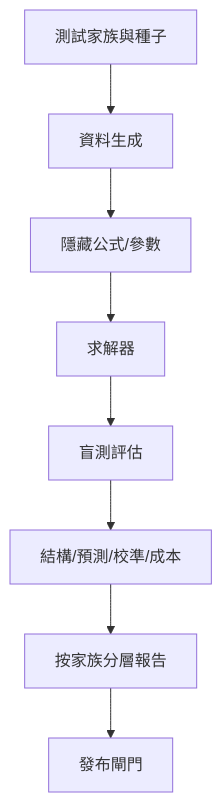
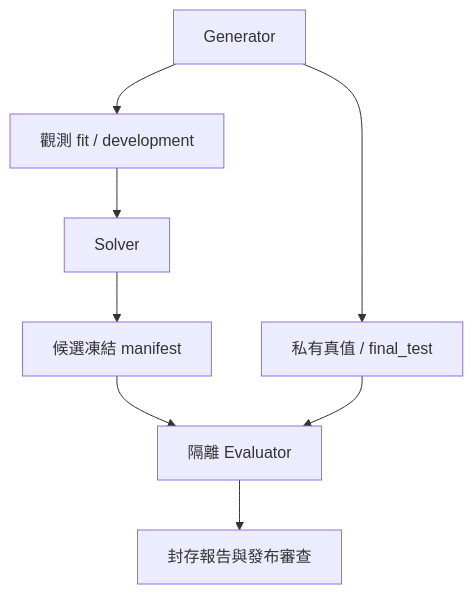
The diagram in docs/10-測試/28-數學基準測試規格.md (lovenovel0618/AXIOM), drawn with Mermaid before and after one commit. The commit also changed other lines of this file and 62 other files, not shown here.

Commit message:
docs: 完善 v2.2 核心契約與驗收規格並調整直式資料流圖

````diff
--- a/docs/10-測試/28-數學基準測試規格.md
+++ b/docs/10-測試/28-數學基準測試規格.md
@@ -67,12 +15,10 @@
 ```mermaid
-
 flowchart TD
- A[測試家族與種子] --> B[資料生成]
- B --> C[隱藏公式/參數]
- C --> D[求解器]
- D --> E[盲測評估]
- E --> F[結構/預測/校準/成本]
- F --> G[按家族分層報告]
- G --> H[發布閘門]
-
+ G[Generator] --> O[觀測 fit / development]
+ G --> T[私有真值 / final_test]
+ O --> S[Solver]
+ S --> F[候選凍結 manifest]
+ F --> E[隔離 Evaluator]
+ T --> E
+ E --> R[封存報告與發布審查]
 ```
````
